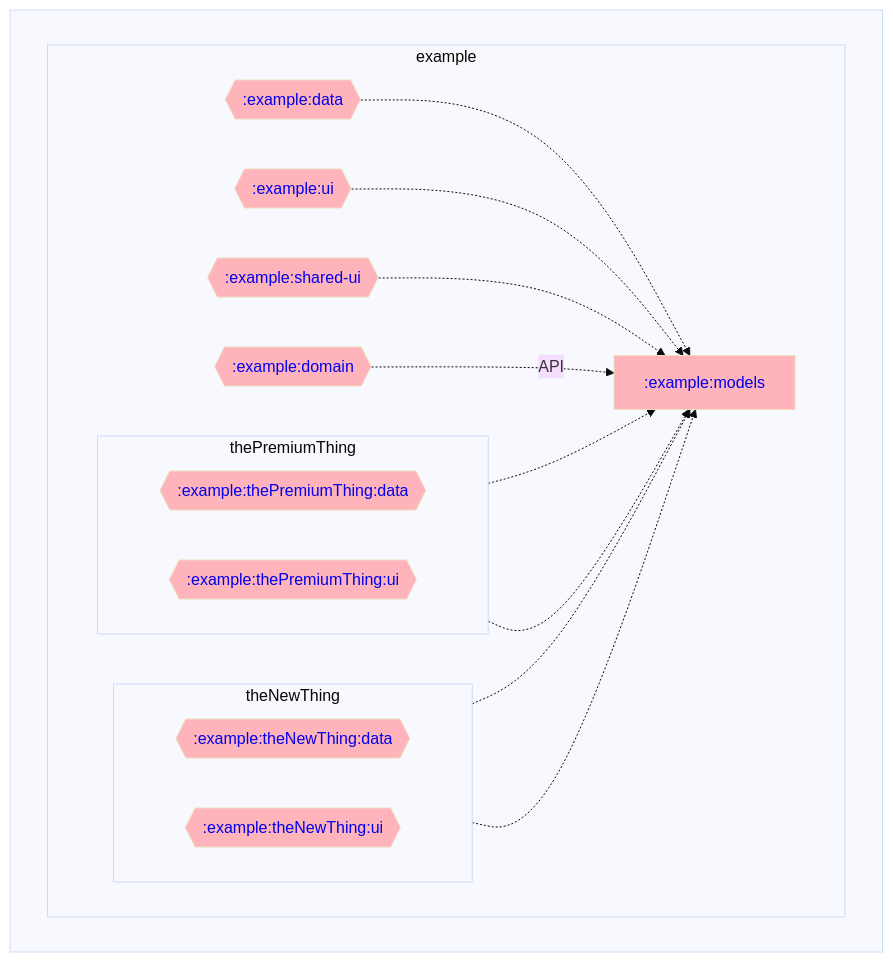
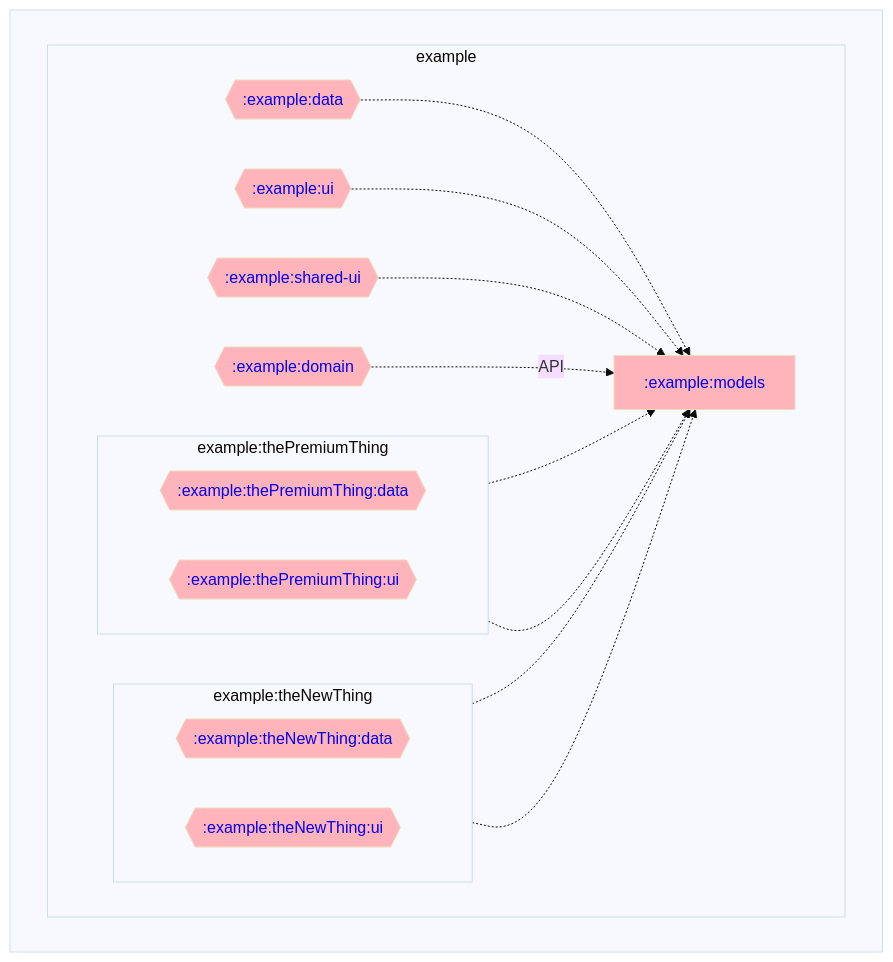
Before and after one commit to adityabhaskar/Gradle-dependency-graphs: the diagram in example/models/dependencyGraph.md, drawn with Mermaid. The commit also changed 13 other files, not shown here.

Commit message:
Updated dependency graphs

````diff
--- a/example/models/dependencyGraph.md
+++ b/example/models/dependencyGraph.md
@@ -1,47 +1,47 @@
 ```mermaid
 %%{ init: { 'theme': 'base' } }%%
 graph LR;
 
 %% Styling for module nodes by type
 classDef rootNode stroke-width:4px;
 classDef mppNode fill:#ffd2b3,color:#333333;
 classDef andNode fill:#baffc9,color:#333333;
 classDef javaNode fill:#ffb3ba,color:#333333;
 
 %% Modules
 subgraph  
   direction LR;
 
   subgraph example
     direction LR;
     :example:data{{<a href='https://github.com/adityabhaskar/Gradle-dependency-graphs/blob/main/example/data/dependencyGraph.md' style='text-decoration:auto'>:example:data</a>}}:::javaNode;
     :example:domain{{<a href='https://github.com/adityabhaskar/Gradle-dependency-graphs/blob/main/example/domain/dependencyGraph.md' style='text-decoration:auto'>:example:domain</a>}}:::javaNode;
     :example:models[<a href='https://github.com/adityabhaskar/Gradle-dependency-graphs/blob/main/example/models/dependencyGraph.md' style='text-decoration:auto'>:example:models</a>]:::javaNode;
     :example:shared-ui{{<a href='https://github.com/adityabhaskar/Gradle-dependency-graphs/blob/main/example/shared-ui/dependencyGraph.md' style='text-decoration:auto'>:example:shared-ui</a>}}:::javaNode;
     :example:ui{{<a href='https://github.com/adityabhaskar/Gradle-dependency-graphs/blob/main/example/ui/dependencyGraph.md' style='text-decoration:auto'>:example:ui</a>}}:::javaNode;
-    subgraph theNewThing
+    subgraph example:theNewThing
       direction LR;
       :example:theNewThing:data{{<a href='https://github.com/adityabhaskar/Gradle-dependency-graphs/blob/main/example/theNewThing/data/dependencyGraph.md' style='text-decoration:auto'>:example:theNewThing:data</a>}}:::javaNode;
       :example:theNewThing:ui{{<a href='https://github.com/adityabhaskar/Gradle-dependency-graphs/blob/main/example/theNewThing/ui/dependencyGraph.md' style='text-decoration:auto'>:example:theNewThing:ui</a>}}:::javaNode;
     end
 
-    subgraph thePremiumThing
+    subgraph example:thePremiumThing
       direction LR;
       :example:thePremiumThing:data{{<a href='https://github.com/adityabhaskar/Gradle-dependency-graphs/blob/main/example/thePremiumThing/data/dependencyGraph.md' style='text-decoration:auto'>:example:thePremiumThing:data</a>}}:::javaNode;
       :example:thePremiumThing:ui{{<a href='https://github.com/adityabhaskar/Gradle-dependency-graphs/blob/main/example/thePremiumThing/ui/dependencyGraph.md' style='text-decoration:auto'>:example:thePremiumThing:ui</a>}}:::javaNode;
     end
   end
 end
 
 %% Dependencies
 
 %% Dependents
 :example:data-.->:example:models
 :example:ui-.->:example:models
 :example:shared-ui-.->:example:models
 :example:domain-.API.->:example:models
 :example:theNewThing:data-.->:example:models
 :example:theNewThing:ui-.->:example:models
 :example:thePremiumThing:data-.->:example:models
 :example:thePremiumThing:ui-.->:example:models
 ```
````
